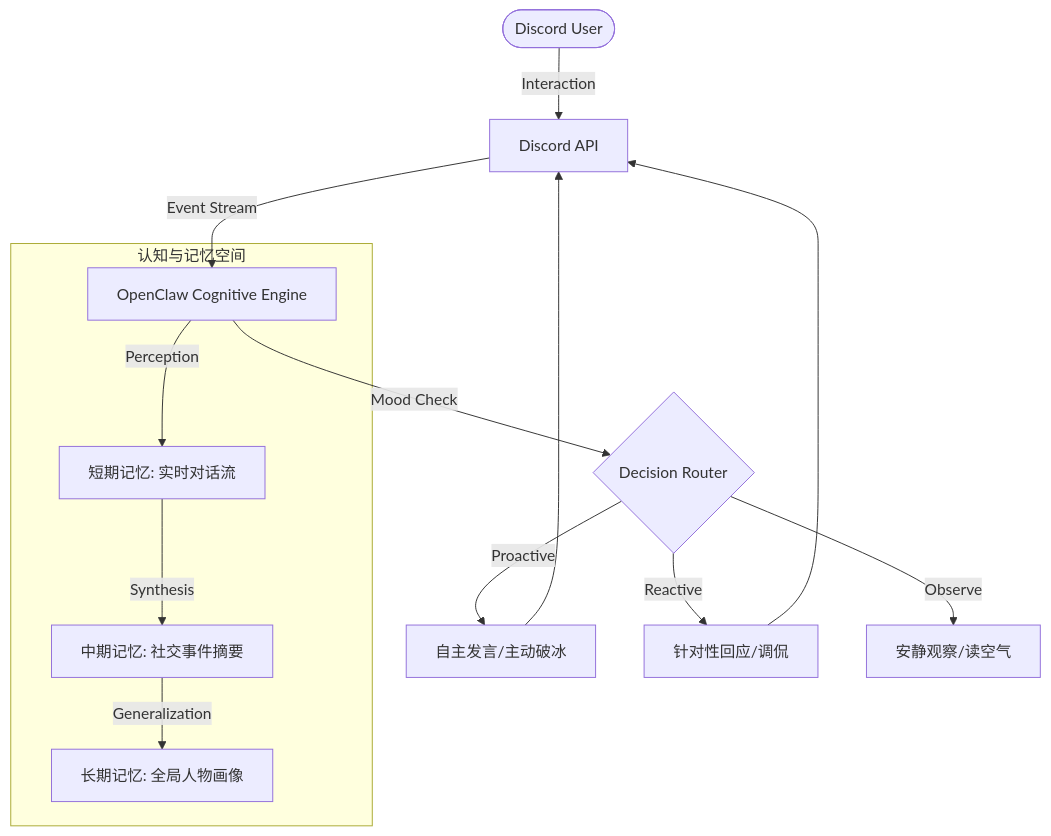
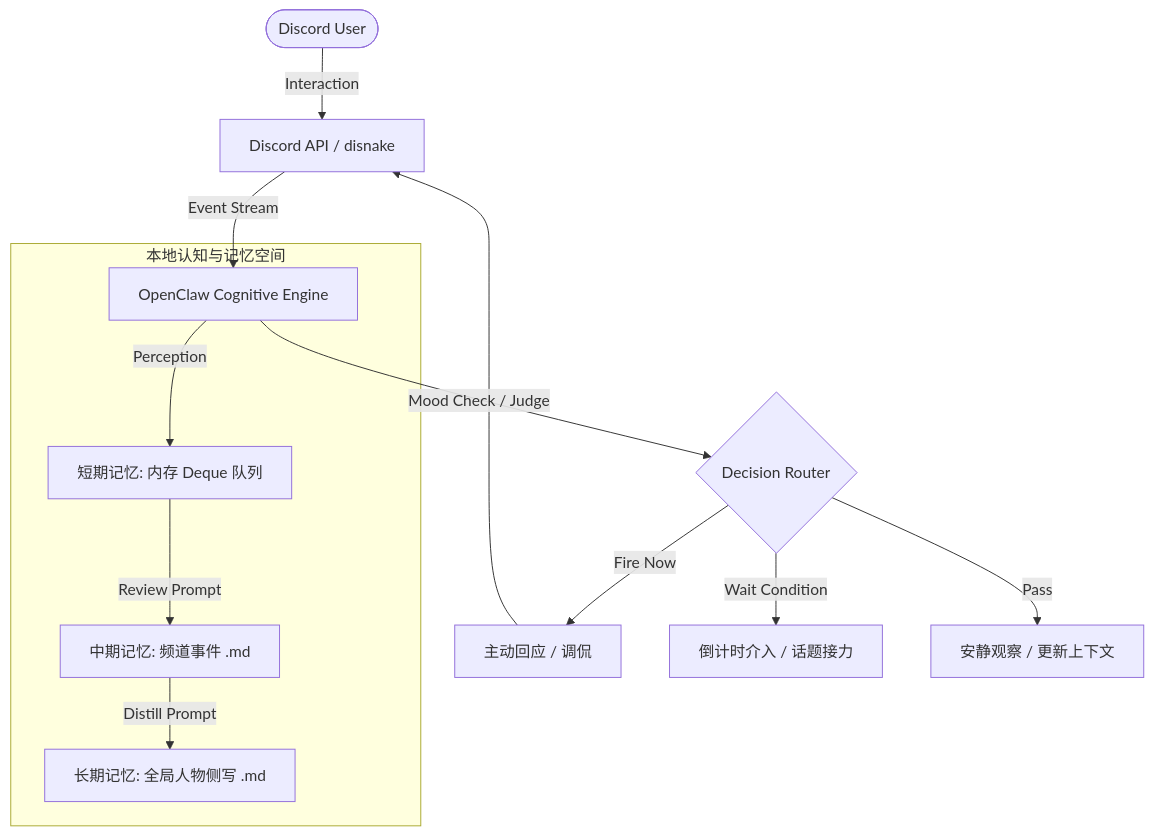
One commit to OopsYouDiedE/OpenClawDiscord changed the diagram in README.md. Above: the diagram before and after it, drawn with Mermaid. The commit also changed other lines of this file and 2 other files, not shown here.

`````diff
--- a/README.md
+++ b/README.md
@@ -74,19 +53,18 @@
 ```mermaid
 graph TD
-    User([Discord User]) -->|Interaction| DiscordAPI[Discord API]
+    User([Discord User]) -->|Interaction| DiscordAPI[Discord API / disnake]
     DiscordAPI -->|Event Stream| Engine[OpenClaw Cognitive Engine]
     
-    subgraph Memory_Space [认知与记忆空间]
-        Engine -->|Perception| STM[短期记忆: 实时对话流]
-        STM -->|Synthesis| MTM[中期记忆: 社交事件摘要]
-        MTM -->|Generalization| LTM[长期记忆: 全局人物画像]
+    subgraph Memory_Space [本地认知与记忆空间]
+        Engine -->|Perception| STM[短期记忆: 内存 Deque 队列]
+        STM -->|Review Prompt| MTM[中期记忆: 频道事件 .md]
+        MTM -->|Distill Prompt| LTM[长期记忆: 全局人物侧写 .md]
     end
     
-    Engine -->|Mood Check| Router{Decision Router}
-    Router -->|Proactive| ActiveMsg[自主发言/主动破冰]
-    Router -->|Reactive| Respond[针对性回应/调侃]
-    Router -->|Observe| Silence[安静观察/读空气]
+    Engine -->|Mood Check / Judge| Router{Decision Router}
+    Router -->|Fire Now| ActiveMsg[主动回应 / 调侃]
+    Router -->|Wait Condition| Timer[倒计时介入 / 话题接力]
+    Router -->|Pass| Silence[安静观察 / 更新上下文]
     
     ActiveMsg --> DiscordAPI
-    Respond --> DiscordAPI
 ````
`````
